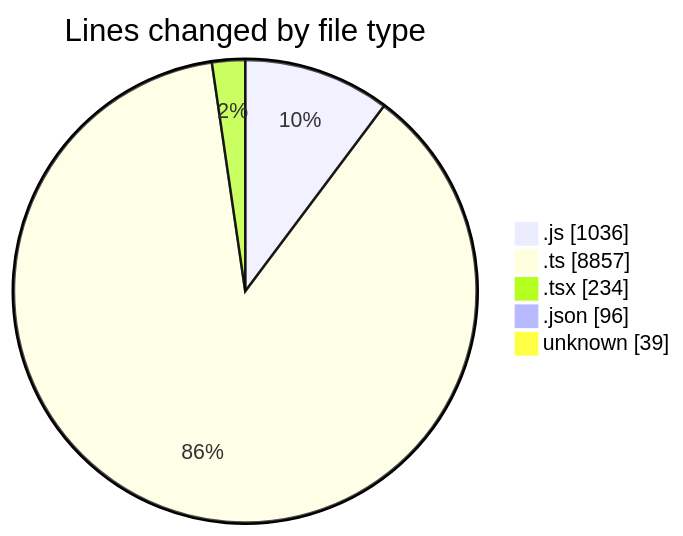
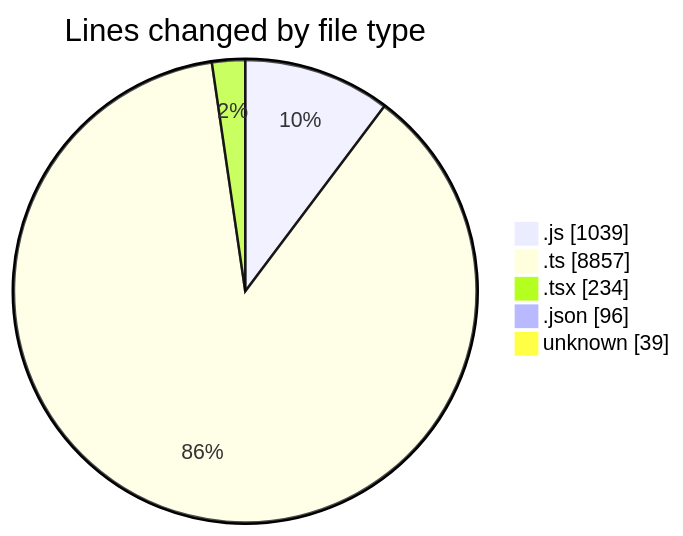
The first of 2 diagrams in 2025-05-14/cda/README.md (momahboobian/code-tracking), drawn with Mermaid before and after one commit. The commit also changed other lines of this file and 1 other file, not shown here.

````diff
--- a/2025-05-14/cda/README.md
+++ b/2025-05-14/cda/README.md
@@ -30,9 +30,9 @@
 ```mermaid
 pie showData
 title Lines changed by file type
-".js" : 1036
+".js" : 1039
 ".ts" : 8857
 ".tsx" : 234
 ".json" : 96
 "unknown" : 39
 ```
````
